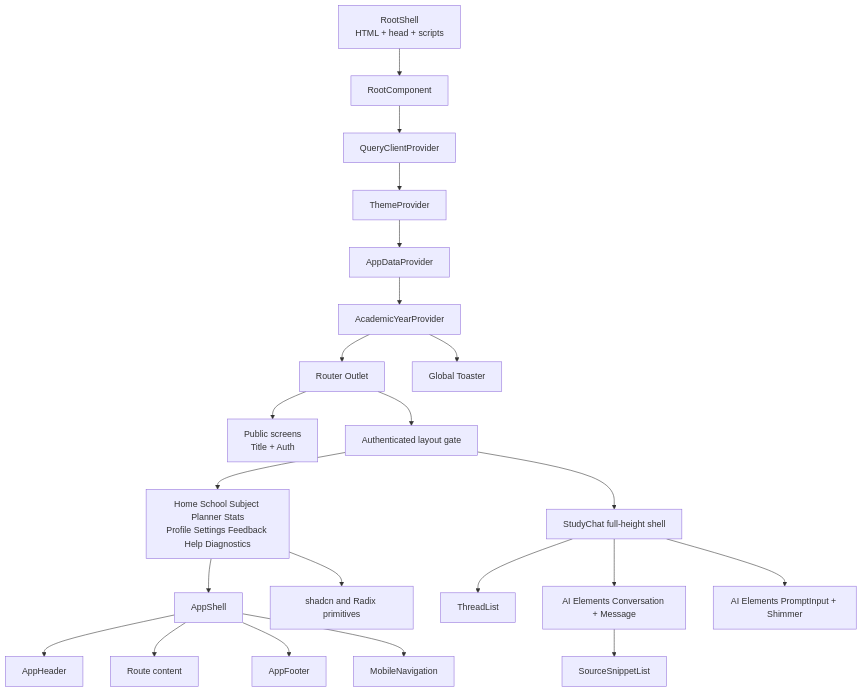
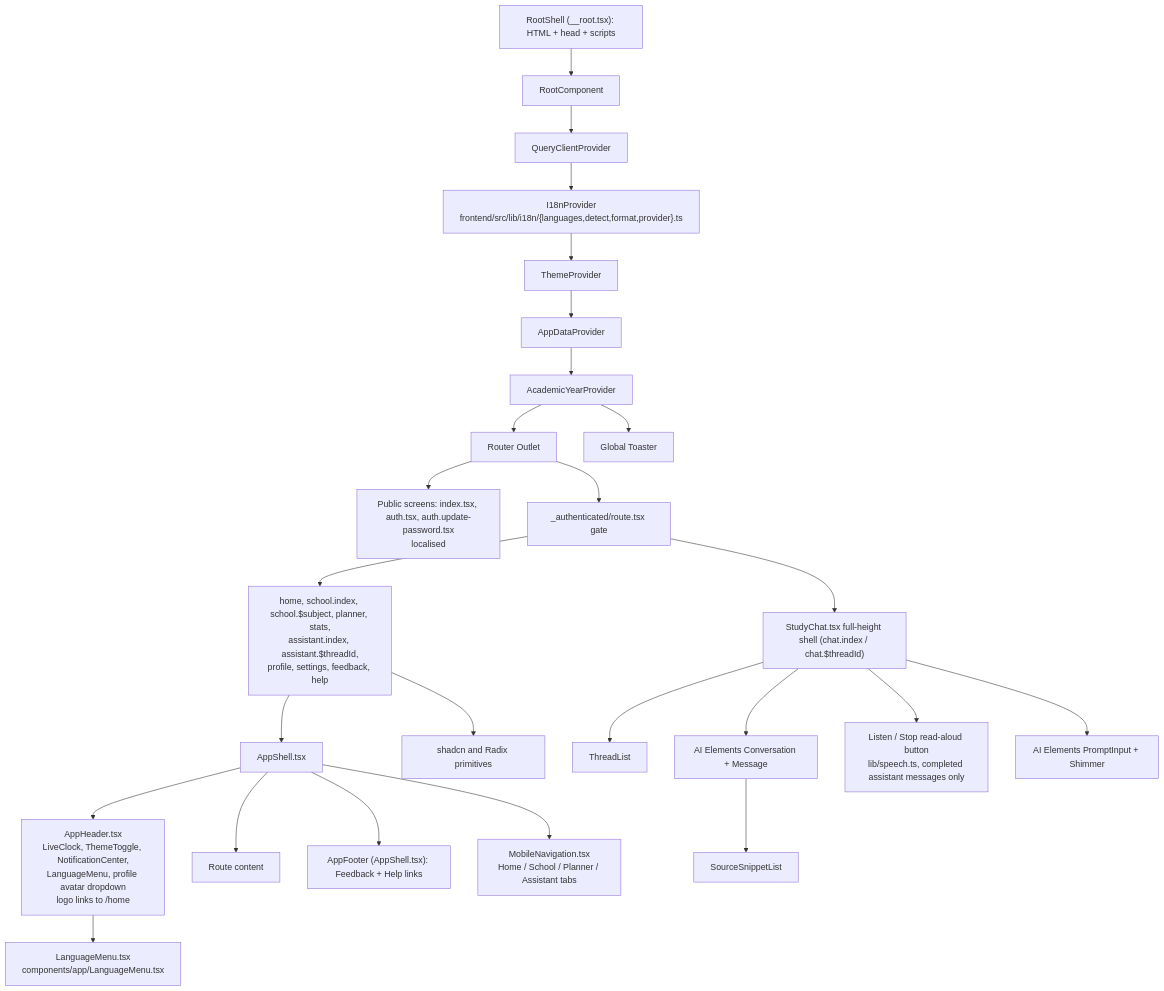
Before and after one commit to keyshavmor/study-swiss-star: the diagram in docs/wireframes/03-frontend-composition.mmd, drawn with Mermaid. The commit also changed 423 other files, not shown here.

Commit message:
Reconcile backend branch with current frontend and live Supabase

```diff
--- a/docs/wireframes/03-frontend-composition.mmd
+++ b/docs/wireframes/03-frontend-composition.mmd
@@ -1,22 +1,26 @@
+%% Component composition tree for the authenticated shell and StudyChat.
 flowchart TD
-  HTML[RootShell\nHTML + head + scripts] --> Root[RootComponent]
+  HTML["RootShell (__root.tsx): HTML + head + scripts"] --> Root[RootComponent]
   Root --> Query[QueryClientProvider]
-  Query --> Theme[ThemeProvider]
+  Query --> I18nP["I18nProvider<br/>frontend/src/lib/i18n/{languages,detect,format,provider}.ts"]
+  I18nP --> Theme[ThemeProvider]
   Theme --> Data[AppDataProvider]
   Data --> Year[AcademicYearProvider]
   Year --> Outlet[Router Outlet]
   Year --> Toast[Global Toaster]
-  Outlet --> Public[Public screens\nTitle + Auth]
-  Outlet --> Gate[Authenticated layout gate]
-  Gate --> Pages[Home School Subject Planner Stats\nProfile Settings Feedback Help Diagnostics]
-  Pages --> Shell[AppShell]
-  Shell --> Header[AppHeader]
+  Outlet --> Public["Public screens: index.tsx, auth.tsx, auth.update-password.tsx<br/>localised"]
+  Outlet --> Gate["_authenticated/route.tsx gate"]
+  Gate --> Pages["home, school.index, school.$subject, planner, stats,<br/>assistant.index, assistant.$threadId,<br/>profile, settings, feedback, help"]
+  Pages --> Shell[AppShell.tsx]
+  Shell --> Header["AppHeader.tsx<br/>LiveClock, ThemeToggle, NotificationCenter,<br/>LanguageMenu, profile avatar dropdown<br/>logo links to /home"]
+  Header --> LangMenu["LanguageMenu.tsx<br/>components/app/LanguageMenu.tsx"]
   Shell --> Content[Route content]
-  Shell --> Footer[AppFooter]
-  Shell --> Mobile[MobileNavigation]
-  Gate --> Chat[StudyChat full-height shell]
+  Shell --> Footer["AppFooter (AppShell.tsx): Feedback + Help links"]
+  Shell --> Mobile["MobileNavigation.tsx<br/>Home / School / Planner / Assistant tabs"]
+  Gate --> Chat["StudyChat.tsx full-height shell (chat.index / chat.$threadId)"]
   Chat --> Threads[ThreadList]
-  Chat --> Conversation[AI Elements Conversation + Message]
-  Chat --> Composer[AI Elements PromptInput + Shimmer]
+  Chat --> Conversation["AI Elements Conversation + Message"]
+  Chat --> Speech["Listen / Stop read-aloud button<br/>lib/speech.ts, completed assistant messages only"]
+  Chat --> Composer["AI Elements PromptInput + Shimmer"]
   Conversation --> Sources[SourceSnippetList]
   Pages --> UI[shadcn and Radix primitives]
```
